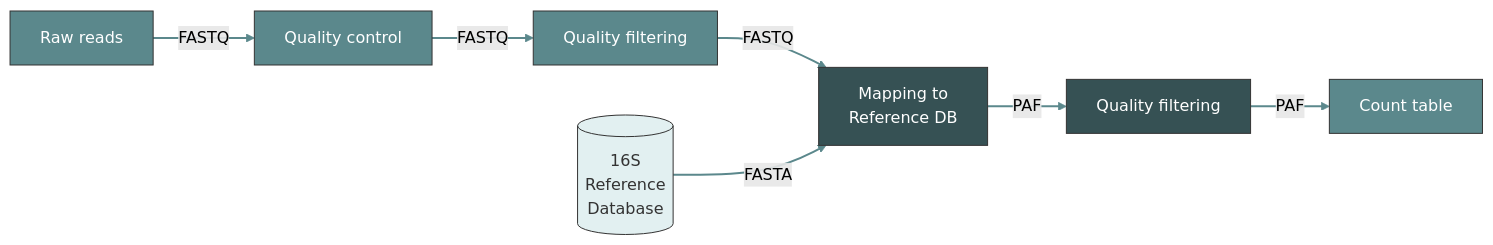
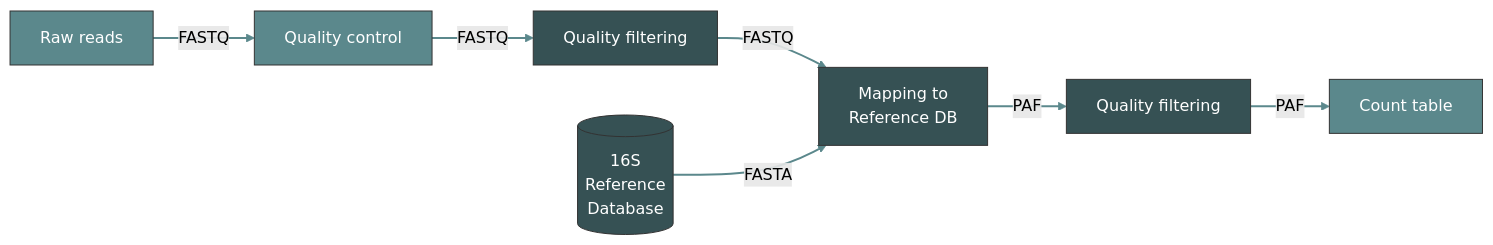
The third of 5 diagrams in slides/day02.qmd (ndombrowski/MicEco2025), drawn with Mermaid before and after one commit. The commit also changed other lines of this file and 4 other files, not shown here.

````diff
--- a/slides/day02.qmd
+++ b/slides/day02.qmd
@@ -118,24 +119,23 @@
 ```{mermaid}
 flowchart LR
     classDef greenfill fill:#5B888C,stroke:#333,stroke-width:1,color:#fff;
     classDef darkgreenfill fill:#365154,stroke:#333,stroke-width:1,color:#fff;
     classDef dbfill fill:#E2F0F1,stroke:#333,stroke-width:1,color:#333;
 
     %% Workflow boxes
     A[Raw reads] -->|FASTQ| B[Quality control]
     B -->|FASTQ| C[Quality filtering]
     C -->|FASTQ| D[Mapping to <br> Reference DB]
     D -->|PAF| E[Quality filtering]
     E -->|PAF| F[Count table]
 
     %% Reference database node
     DB[(16S <br> Reference  <br> Database)] -->|FASTA| D  
 
     %% Assign classes after nodes exist
-    class D,E darkgreenfill
-    class A,B,C,F greenfill
-    class DB dbfill
+    class DB,C,D,E darkgreenfill
+    class A,B,F greenfill
 
     %% Arrow styles (index starts at 0 for first arrow)
     linkStyle 0,1,2,3,4,5 stroke:#5B888C,stroke-width:2,color:#000, fill: none
 ```
````
